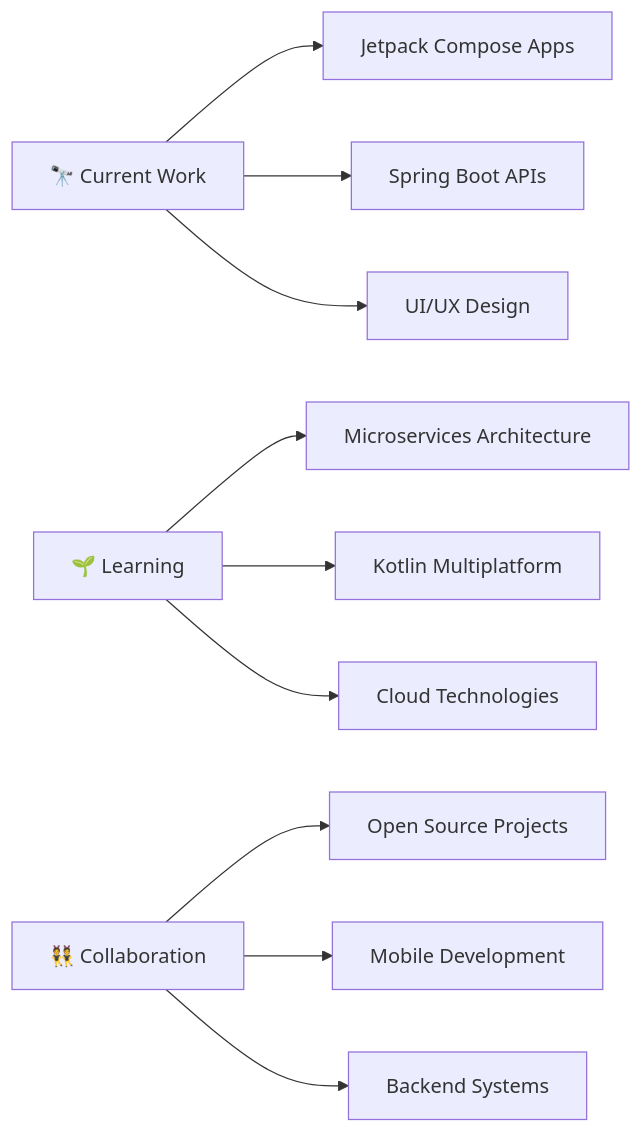
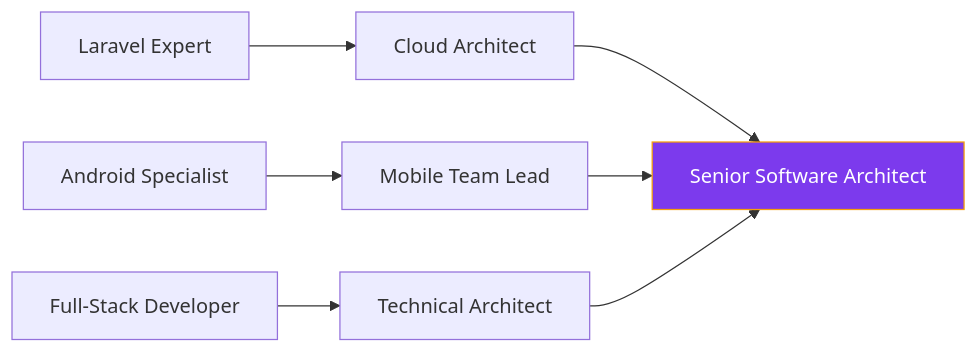
The diagram in README.md (ahmedabdalharith/ahmedabdalharith), drawn with Mermaid before and after one commit. The commit also changed other lines of this file, not shown here.

````diff
--- a/README.md
+++ b/README.md
@@ -144,14 +471,12 @@
 ```mermaid
 graph LR
-    A[🔭 Current Work] --> B[Jetpack Compose Apps]
-    A --> C[Spring Boot APIs]
-    A --> D[UI/UX Design]
+    A[Laravel Expert] --> B[Cloud Architect]
+    C[Android Specialist] --> D[Mobile Team Lead]
+    E[Full-Stack Developer] --> F[Technical Architect]
     
-    E[🌱 Learning] --> F[Microservices Architecture]
-    E --> G[Kotlin Multiplatform]
-    E --> H[Cloud Technologies]
+    B --> G[Senior Software Architect]
+    D --> G
+    F --> G
     
-    I[👯 Collaboration] --> J[Open Source Projects]
-    I --> K[Mobile Development]
-    I --> L[Backend Systems]
+    style G fill:#7c3aed,stroke:#f59e0b,color:#fff
 ```
````
